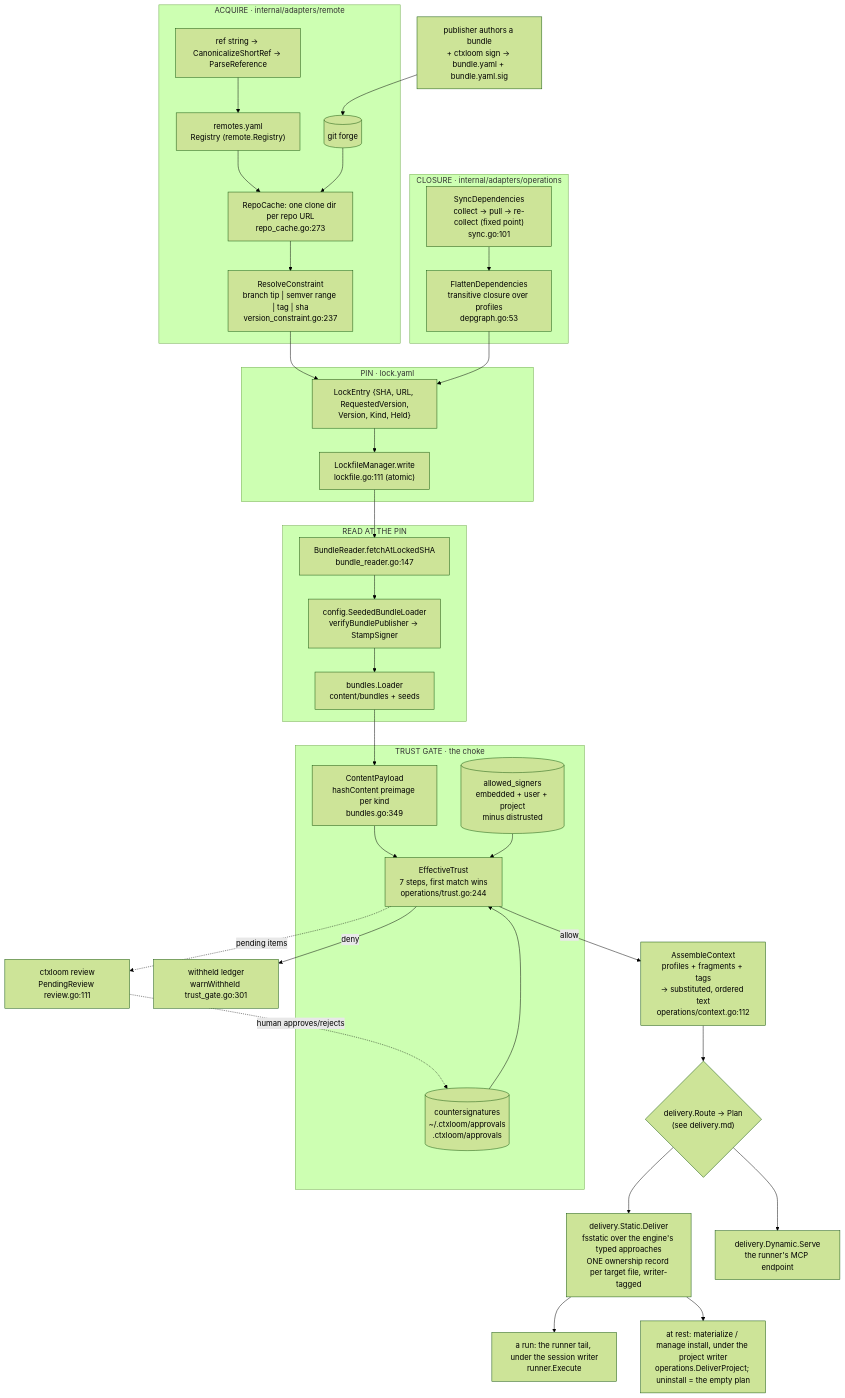
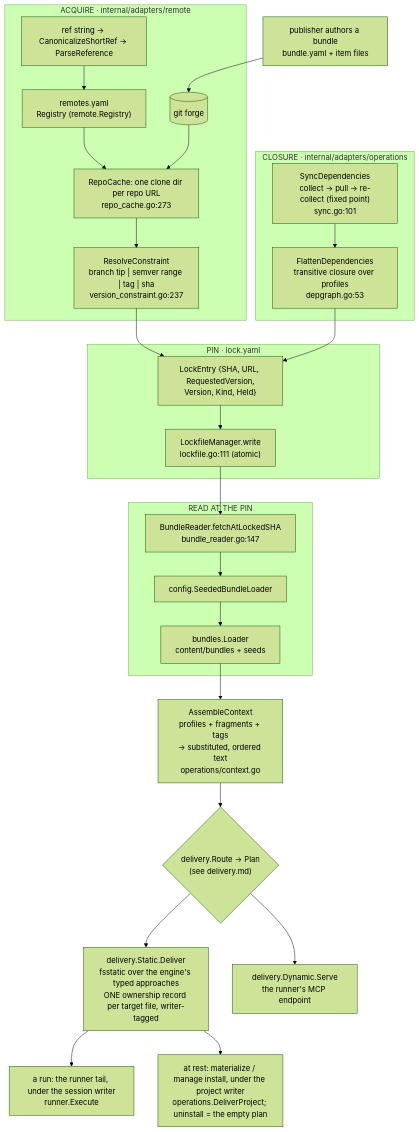
One commit to ctxloom/ctxloom changed the diagram in docs/architecture/core/README.md. Above: the diagram before and after it, drawn with Mermaid (forest theme). The commit also changed other lines of this file and 62 other files, not shown here.

````diff
--- a/docs/architecture/core/README.md
+++ b/docs/architecture/core/README.md
@@ -34,56 +33,43 @@
 ```mermaid
 flowchart TD
-    AUTHOR["publisher authors a bundle<br/>+ ctxloom sign -> bundle.yaml + bundle.yaml.sig"]
+    AUTHOR["publisher authors a bundle<br/>bundle.yaml + item files"]
     AUTHOR --> FORGE[("git forge")]
 
     subgraph acquire["ACQUIRE · internal/adapters/remote"]
         REG["remotes.yaml<br/>Registry (remote.Registry)"]
         REF["ref string -> CanonicalizeShortRef -> ParseReference"]
         CACHE["RepoCache: one clone dir per repo URL<br/>repo_cache.go:273"]
         RESOLVE["ResolveConstraint<br/>branch tip | semver range | tag | sha<br/>version_constraint.go:237"]
         REF --> REG --> CACHE
         FORGE --> CACHE
         CACHE --> RESOLVE
     end
 
     subgraph pin["PIN · lock.yaml"]
         LOCK["LockEntry {SHA, URL, RequestedVersion,<br/>Version, Kind, Held}"]
         WRITE["LockfileManager.write<br/>lockfile.go:111 (atomic)"]
         RESOLVE --> LOCK --> WRITE
     end
 
     subgraph closure["CLOSURE · internal/adapters/operations"]
         SYNC["SyncDependencies<br/>collect -> pull -> re-collect (fixed point)<br/>sync.go:101"]
         FLAT["FlattenDependencies<br/>transitive closure over profiles<br/>depgraph.go:53"]
         SYNC --> FLAT --> LOCK
     end
 
     subgraph read["READ AT THE PIN"]
         BR["BundleReader.fetchAtLockedSHA<br/>bundle_reader.go:147"]
-        SEED["config.SeededBundleLoader<br/>verifyBundlePublisher -> StampSigner"]
+        SEED["config.SeededBundleLoader"]
         LOADER["bundles.Loader<br/>content/bundles + seeds"]
         WRITE --> BR --> SEED --> LOADER
     end
 
-    subgraph gate["TRUST GATE · the choke"]
-        PAY["ContentPayload<br/>hashContent preimage per kind<br/>bundles.go:349"]
-        ET["EffectiveTrust<br/>7 steps, first match wins<br/>operations/trust.go:244"]
-        RECS[("countersignatures<br/>~/.ctxloom/approvals<br/>.ctxloom/approvals")]
-        ROOT[("allowed_signers<br/>embedded + user + project<br/>minus distrusted")]
-        LOADER --> PAY --> ET
-        RECS --> ET
-        ROOT --> ET
-    end
-
-    ET -->|deny| HELD["withheld ledger<br/>warnWithheld trust_gate.go:301"]
-    ET -->|allow| ASM["AssembleContext<br/>profiles + fragments + tags<br/>-> substituted, ordered text<br/>operations/context.go:112"]
+    LOADER --> ASM["AssembleContext<br/>profiles + fragments + tags<br/>-> substituted, ordered text<br/>operations/context.go"]
 
     ASM --> DELIVER{"delivery.Route -> Plan<br/>(see delivery.md)"}
     DELIVER --> STATIC["delivery.Static.Deliver<br/>fsstatic over the engine's typed approaches<br/>ONE ownership record per target file, writer-tagged"]
     STATIC --> RUN["a run: the runner tail, under the session writer<br/>runner.Execute"]
     STATIC --> MAT["at rest: materialize / manage install, under the project writer<br/>operations.DeliverProject; uninstall = the empty plan"]
     DELIVER --> DYN["delivery.Dynamic.Serve<br/>the runner's MCP endpoint"]
 
-    REVIEW["ctxloom review<br/>PendingReview review.go:111"] -.->|"human approves/rejects"| RECS
-    ET -.->|"pending items"| REVIEW
 ```
````
